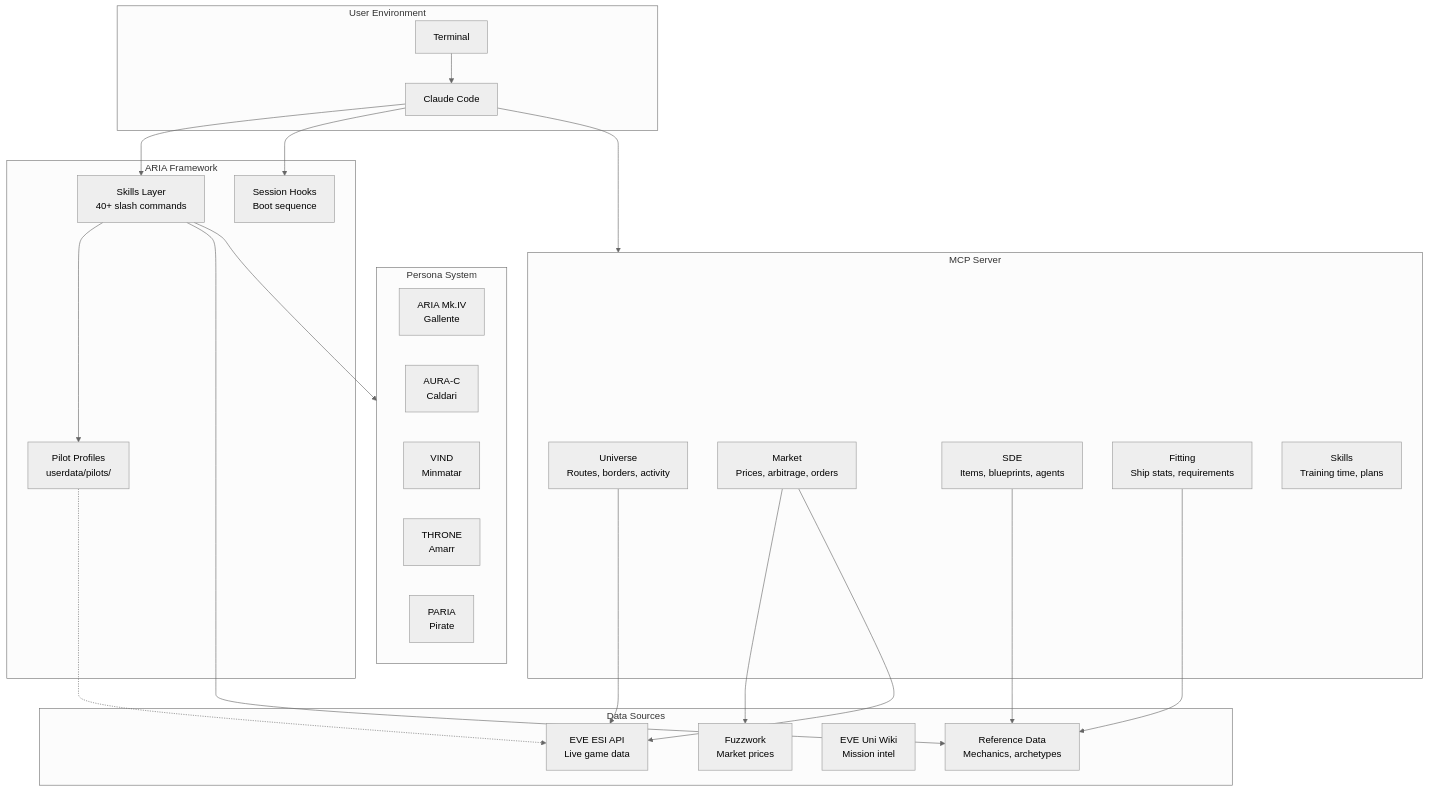
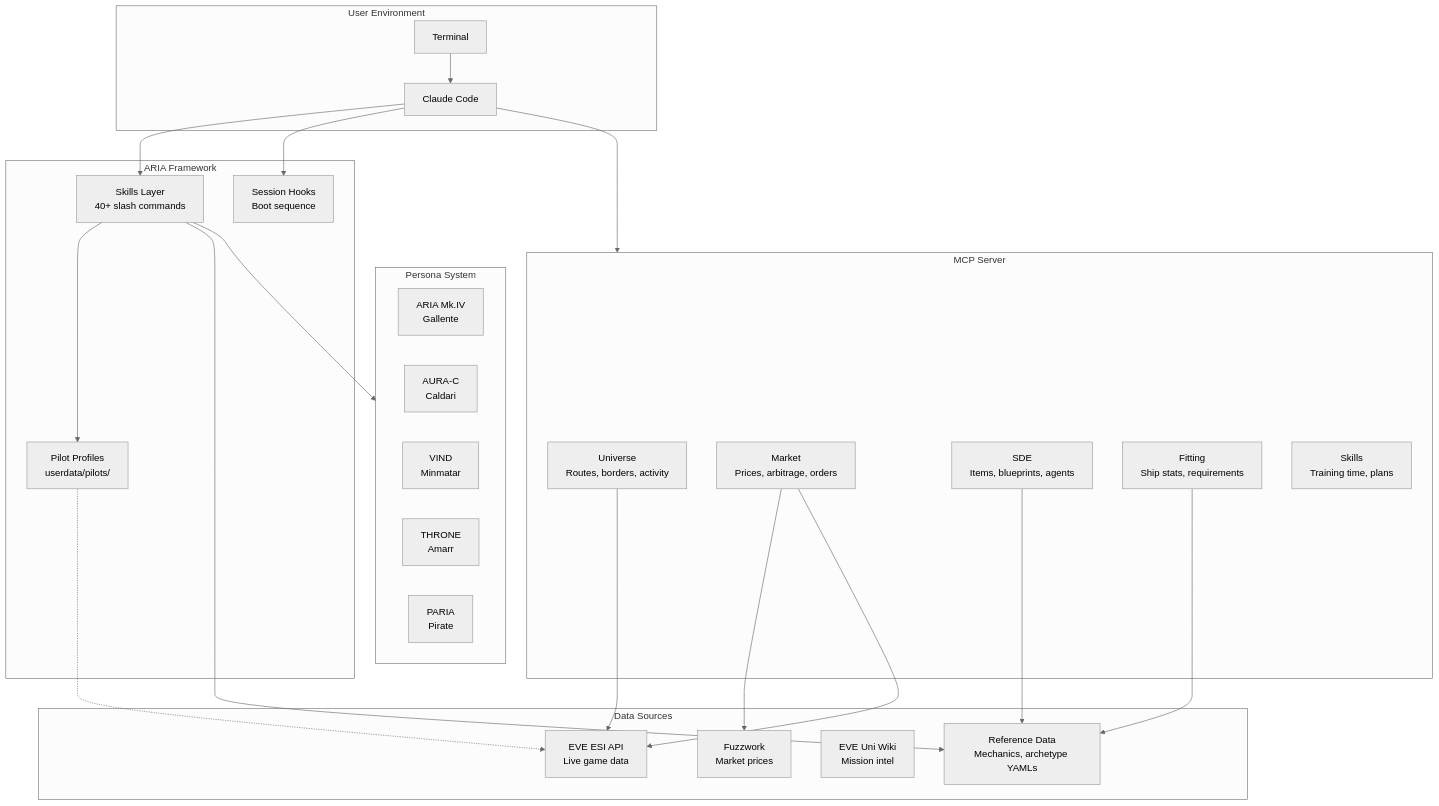
Before and after one commit to LuminaireCognition/aria: the diagram in docs/ARCHITECTURE.md, drawn with Mermaid (neutral theme). The commit also changed other lines of this file and 46 other files, not shown here.

````diff
--- a/docs/ARCHITECTURE.md
+++ b/docs/ARCHITECTURE.md
@@ -7,53 +7,53 @@
 ```mermaid
 graph TB
     subgraph User["User Environment"]
         Terminal[Terminal]
         Claude[Claude Code]
     end
 
     subgraph ARIA["ARIA Framework"]
         Skills[Skills Layer<br/>40+ slash commands]
         Hooks[Session Hooks<br/>Boot sequence]
         Profiles[Pilot Profiles<br/>userdata/pilots/]
     end
 
     subgraph MCP["MCP Server"]
         Universe[Universe<br/>Routes, borders, activity]
         Market[Market<br/>Prices, arbitrage, orders]
         SDE[SDE<br/>Items, blueprints, agents]
         Fitting[Fitting<br/>Ship stats, requirements]
         SkillPlanner[Skills<br/>Training time, plans]
     end
 
     subgraph Data["Data Sources"]
         ESI[EVE ESI API<br/>Live game data]
         Fuzzwork[Fuzzwork<br/>Market prices]
         Wiki[EVE Uni Wiki<br/>Mission intel]
-        Reference[Reference Data<br/>Mechanics, archetypes]
+        Reference[Reference Data<br/>Mechanics, archetype YAMLs]
     end
 
     subgraph Personas["Persona System"]
         Gallente[ARIA Mk.IV<br/>Gallente]
         Caldari[AURA-C<br/>Caldari]
         Minmatar[VIND<br/>Minmatar]
         Amarr[THRONE<br/>Amarr]
         Pirate[PARIA<br/>Pirate]
     end
 
     Terminal --> Claude
     Claude --> Skills
     Claude --> Hooks
     Claude --> MCP
 
     Skills --> Profiles
     Skills --> Reference
     Skills --> Personas
 
     Universe --> ESI
     Market --> Fuzzwork
     Market --> ESI
     SDE --> Reference
     Fitting --> Reference
 
     Profiles -.-> ESI
 ```
````
